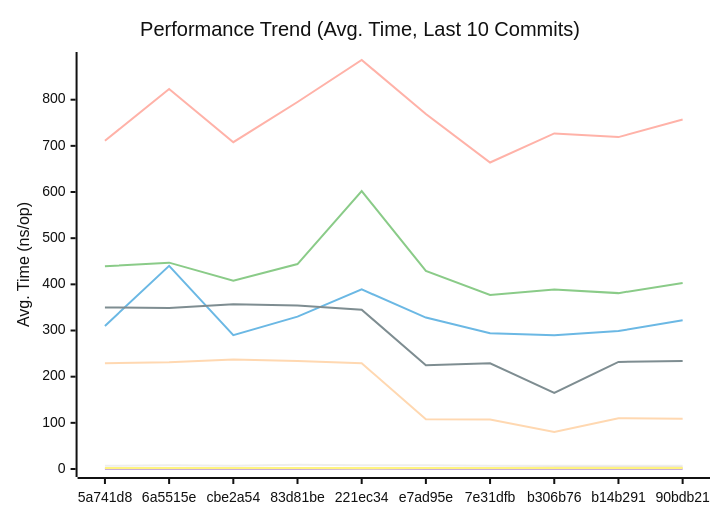
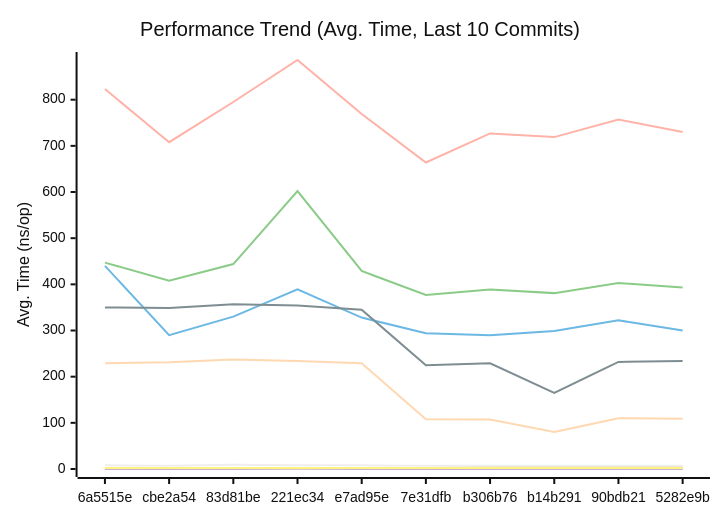
Before and after one commit to alsotoes/momo: the first of 3 diagrams in docs/PERFORMANCE.md, drawn with Mermaid (neutral theme). The commit also changed other lines of this file and 2 other files, not shown here.

````diff
--- a/docs/PERFORMANCE.md
+++ b/docs/PERFORMANCE.md
@@ -80,16 +80,16 @@
 ```mermaid
 xychart-beta
     title "Performance Trend (Avg. Time, Last 10 Commits)"
     x-axis "Commit"
     y-axis "Avg. Time (ns/op)"
-    x-axis [5a741d8,6a5515e,cbe2a54,83d81be,221ec34,e7ad95e,7e31dfb,b306b76,b14b291,90bdb21]
-    line "CheckMetricsAndSwap" [7,8,7,9,8,8,7,7,7,7]
-    line "CrushOptimized" [310,440,290,330,389,328,294,290,299,322]
-    line "CrushOriginal" [439,447,408,444,602,429,377,389,381,403]
+    x-axis [6a5515e,cbe2a54,83d81be,221ec34,e7ad95e,7e31dfb,b306b76,b14b291,90bdb21,5282e9b]
+    line "CheckMetricsAndSwap" [8,7,9,8,8,7,7,7,7,7]
+    line "CrushOptimized" [440,290,330,389,328,294,290,299,322,300]
+    line "CrushOriginal" [447,408,444,602,429,377,389,381,403,393]
     line "IndexDirectTracking" [0,0,0,0,0,0,0,0,0,0]
-    line "IndexSearch" [2,2,2,2,1,2,2,3,3,3]
-    line "LoadGlobalConfig" [711,823,708,795,886,769,664,727,719,757]
+    line "IndexSearch" [2,2,2,1,2,2,3,3,3,3]
+    line "LoadGlobalConfig" [823,708,795,886,769,664,727,719,757,730]
     line "PadString" [2,2,2,2,2,2,2,2,2,2]
     line "ParseReplicationOrder_NoPrealloc" [350,349,357,354,345,225,229,165,232,234]
     line "ParseReplicationOrder_Prealloc" [229,231,237,234,229,108,107,80,110,109]
 ```
````
